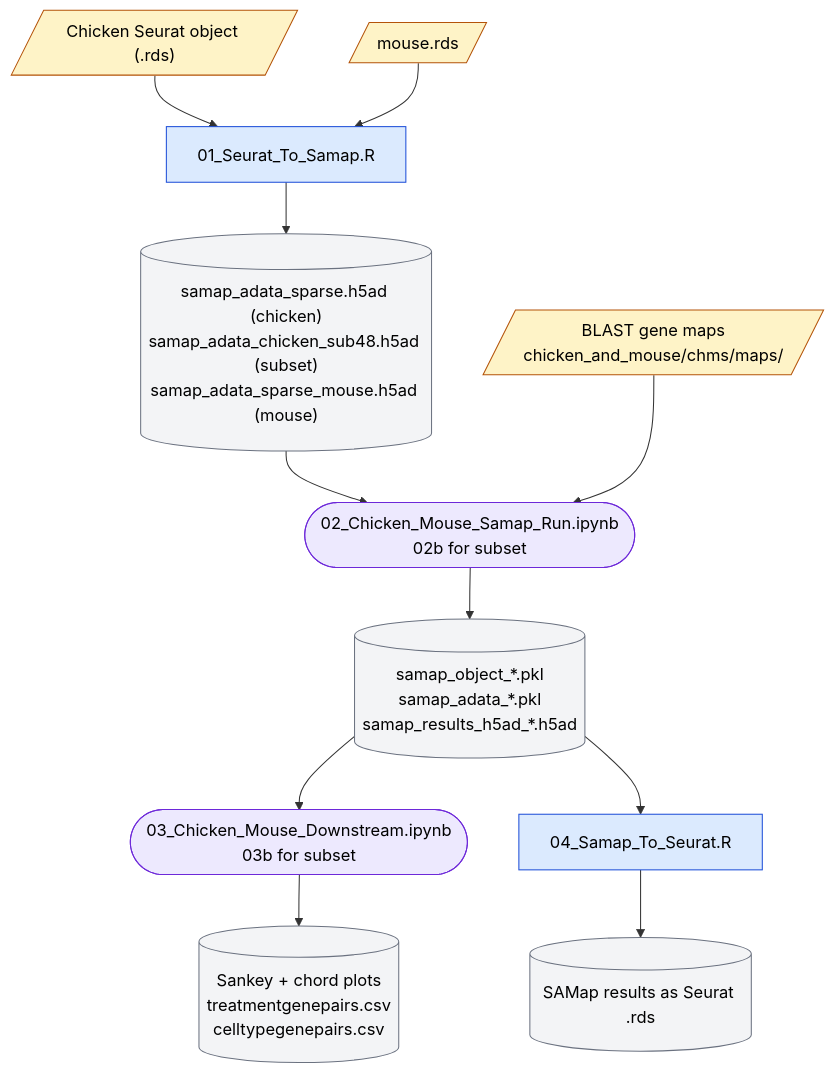
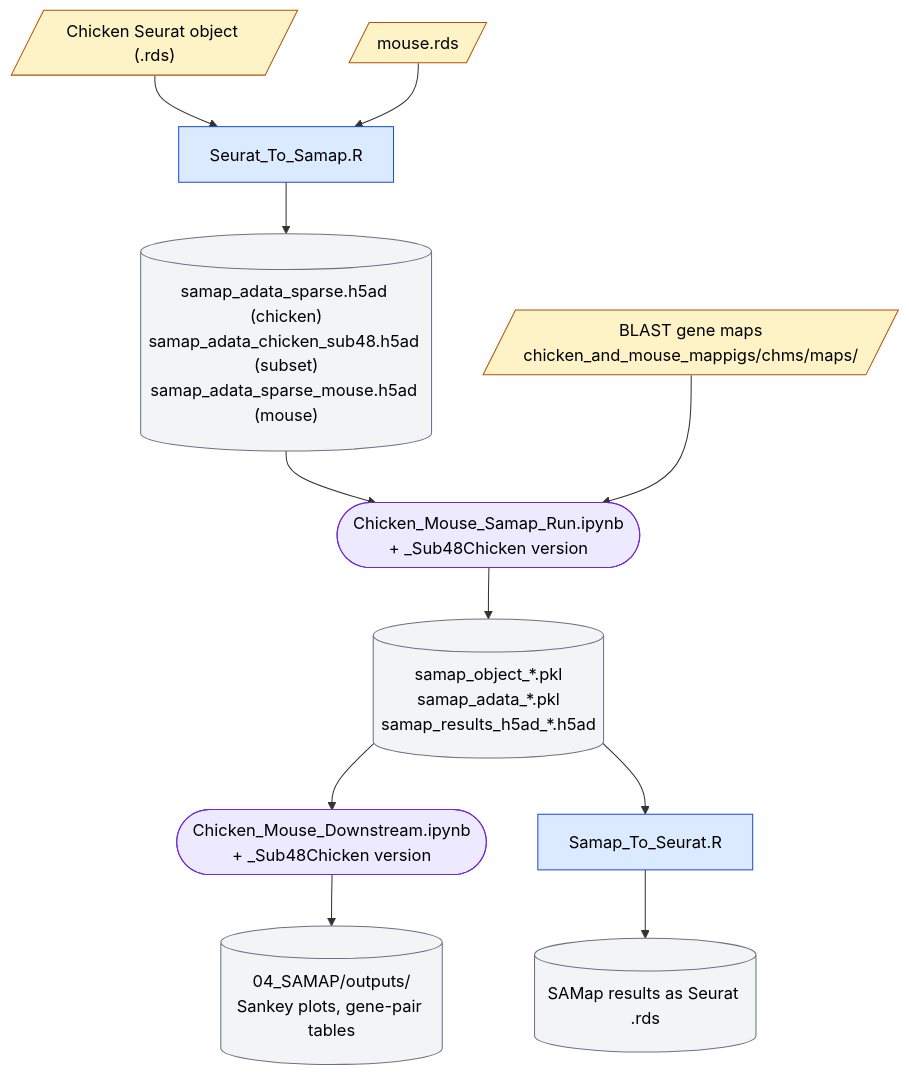
The fifth of 5 diagrams in README.md (twig28/fischer-lab-retinal-analysis), drawn with Mermaid before and after one commit. The commit also changed other lines of this file and 1 other file, not shown here.

````diff
--- a/README.md
+++ b/README.md
@@ -229,29 +261,29 @@
 ```mermaid
 flowchart TD
     chrds[/"Chicken Seurat object (.rds)"/]:::input
     msrds[/"mouse.rds"/]:::input
-    blast[/"BLAST gene maps<br/>chicken_and_mouse/chms/maps/"/]:::input
+    blast[/"BLAST gene maps<br/>chicken_and_mouse_mappigs/chms/maps/"/]:::input
 
-    a1["01_Seurat_To_Samap.R"]:::script
+    a1["Seurat_To_Samap.R"]:::script
     chrds --> a1
     msrds --> a1
     a1 --> h5in[("samap_adata_sparse.h5ad (chicken)<br/>samap_adata_chicken_sub48.h5ad (subset)<br/>samap_adata_sparse_mouse.h5ad (mouse)")]:::obj
 
-    a2(["02_Chicken_Mouse_Samap_Run.ipynb<br/>02b for subset"]):::notebook
+    a2(["Chicken_Mouse_Samap_Run.ipynb<br/>+ _Sub48Chicken version"]):::notebook
     h5in --> a2
     blast --> a2
     a2 --> res[("samap_object_*.pkl<br/>samap_adata_*.pkl<br/>samap_results_h5ad_*.h5ad")]:::obj
 
-    a3(["03_Chicken_Mouse_Downstream.ipynb<br/>03b for subset"]):::notebook
+    a3(["Chicken_Mouse_Downstream.ipynb<br/>+ _Sub48Chicken version"]):::notebook
     res --> a3
-    a3 --> dout[("Sankey + chord plots<br/>treatmentgenepairs.csv<br/>celltypegenepairs.csv")]:::obj
+    a3 --> dout[("04_SAMAP/outputs/<br/>Sankey plots, gene-pair tables")]:::obj
 
-    a4["04_Samap_To_Seurat.R"]:::script
+    a4["Samap_To_Seurat.R"]:::script
     res --> a4
     a4 --> rds[("SAMap results as Seurat .rds")]:::obj
 
     classDef input fill:#fef3c7,stroke:#b45309,color:#000
     classDef script fill:#dbeafe,stroke:#1d4ed8,color:#000
     classDef notebook fill:#ede9fe,stroke:#6d28d9,color:#000
     classDef obj fill:#f3f4f6,stroke:#6b7280,color:#000
 ```
````
